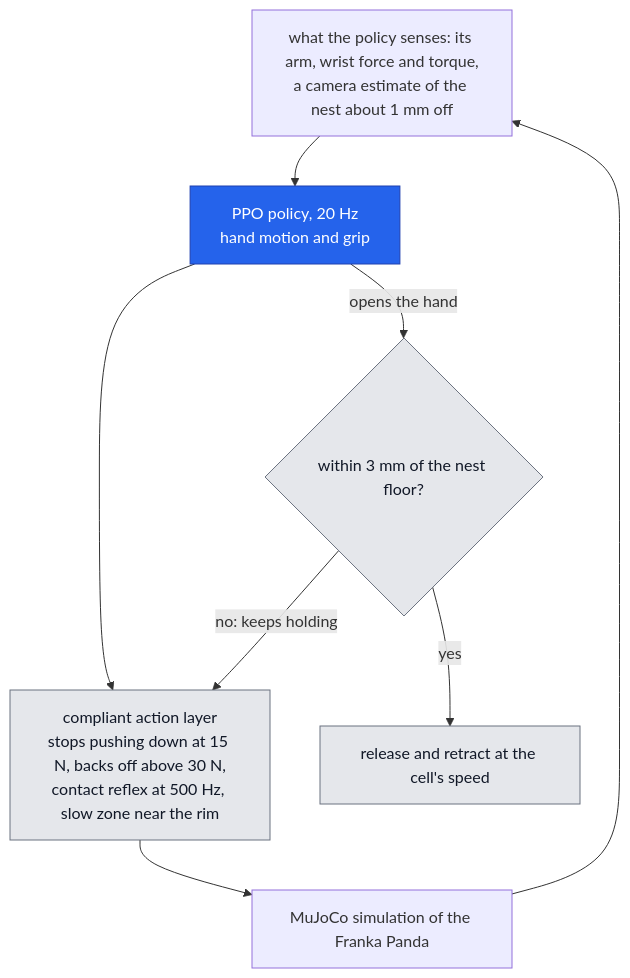
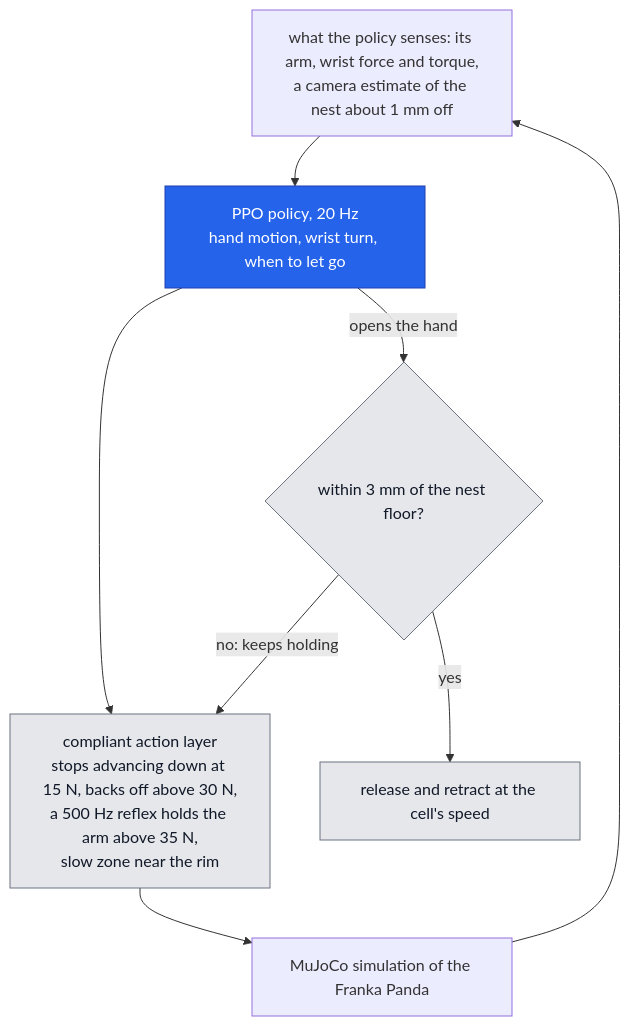
Before and after one commit to Abdullah-Muz/polypanda: the third of 5 diagrams in README.md, drawn with Mermaid. The commit also changed other lines of this file and 1 other file, not shown here.

````diff
--- a/README.md
+++ b/README.md
@@ -191,14 +196,14 @@
 ```mermaid
 flowchart TD
-    OBS[what the policy senses: its arm, wrist force and torque,<br/>a camera estimate of the nest about 1 mm off] --> POL[PPO policy, 20 Hz<br/>hand motion and grip]
-    POL --> CL[compliant action layer<br/>stops pushing down at 15 N, backs off above 30 N,<br/>contact reflex at 500 Hz, slow zone near the rim]
+    OBS[what the policy senses: its arm, wrist force and torque,<br/>a camera estimate of the nest about 1 mm off] --> POL[PPO policy, 20 Hz<br/>hand motion, wrist turn, when to let go]
+    POL --> CL[compliant action layer<br/>stops advancing down at 15 N, backs off above 30 N,<br/>a 500 Hz reflex holds the arm above 35 N,<br/>slow zone near the rim]
     POL -- "opens the hand" --> RI{within 3 mm of the nest floor?}
     RI -- "no: keeps holding" --> CL
     RI -- yes --> RR[release and retract at the cell's speed]
     CL --> SIM[MuJoCo simulation of the Franka Panda]
     SIM --> OBS
     classDef learned fill:#2563eb,stroke:#1e40af,color:#ffffff
     classDef scripted fill:#e5e7eb,stroke:#6b7280,color:#111827
     class POL learned
     class CL,RI,RR scripted
 ```
````
